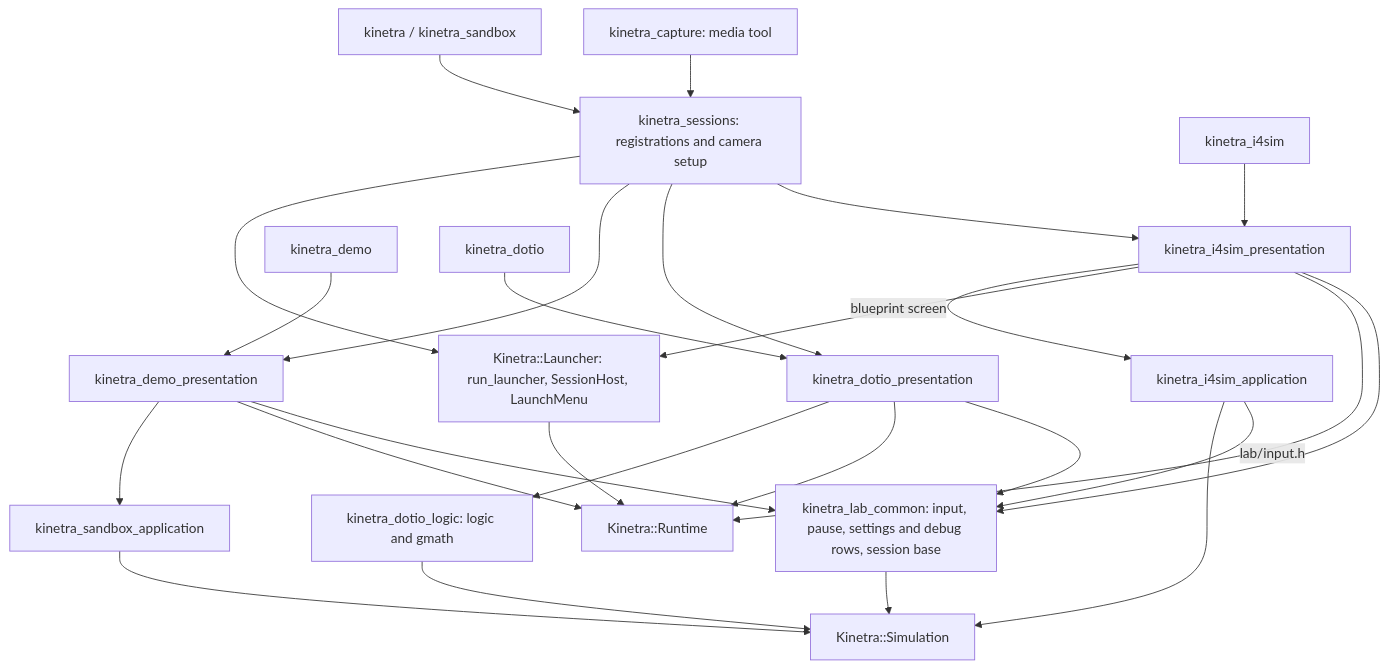
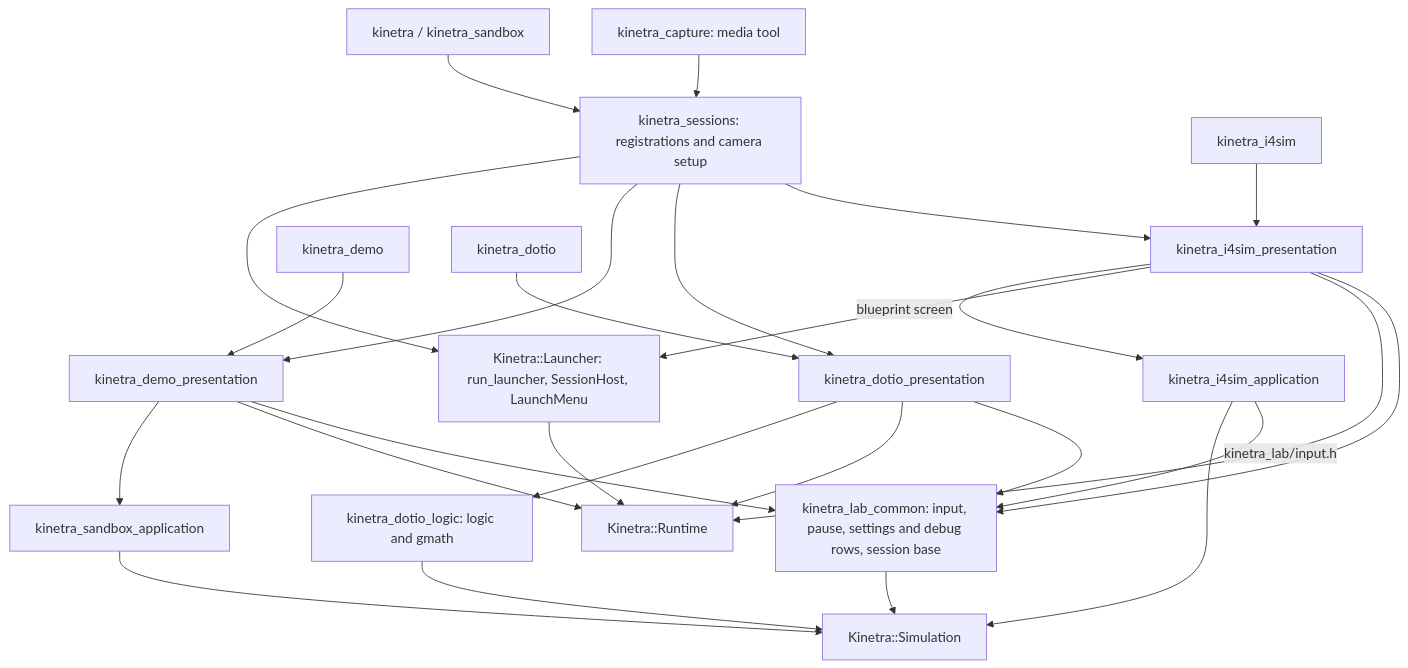
Before and after one commit to SMB-M87/Kinetra-Lab: the first of 2 diagrams in docs/architecture.md, drawn with Mermaid. The commit also changed other lines of this file and 297 other files, not shown here.

````diff
--- a/docs/architecture.md
+++ b/docs/architecture.md
@@ -15,28 +15,28 @@
 ```mermaid
 flowchart TD
     Bundled[kinetra / kinetra_sandbox] --> Sessions[kinetra_sessions: registrations and camera setup]
     Capture[kinetra_capture: media tool] --> Sessions
     Sessions --> Launcher[Kinetra::Launcher: run_launcher, SessionHost, LaunchMenu]
     Sessions --> Demo[kinetra_demo_presentation]
     Sessions --> Dotio[kinetra_dotio_presentation]
     Sessions --> Factory[kinetra_i4sim_presentation]
     FactoryExe[kinetra_i4sim] --> Factory
     Factory --> FactoryLogic[kinetra_i4sim_application]
     Factory -->|blueprint screen| Launcher
     FactoryLogic --> Sim
     Factory --> Runtime
     DemoExe[kinetra_demo] --> Demo
     DotioExe[kinetra_dotio] --> Dotio
     Demo --> Sandbox[kinetra_sandbox_application]
     Dotio --> Logic[kinetra_dotio_logic: logic and gmath]
     Sandbox --> Sim[Kinetra::Simulation]
     Logic --> Sim
     Launcher --> Runtime[Kinetra::Runtime]
     Demo --> Runtime
     Dotio --> Runtime
     Demo --> Common[kinetra_lab_common: input, pause, settings and debug rows, session base]
     Dotio --> Common
     Factory --> Common
-    FactoryLogic -->|lab/input.h| Common
+    FactoryLogic -->|kinetra_lab/input.h| Common
     Common --> Sim
 ```
````
